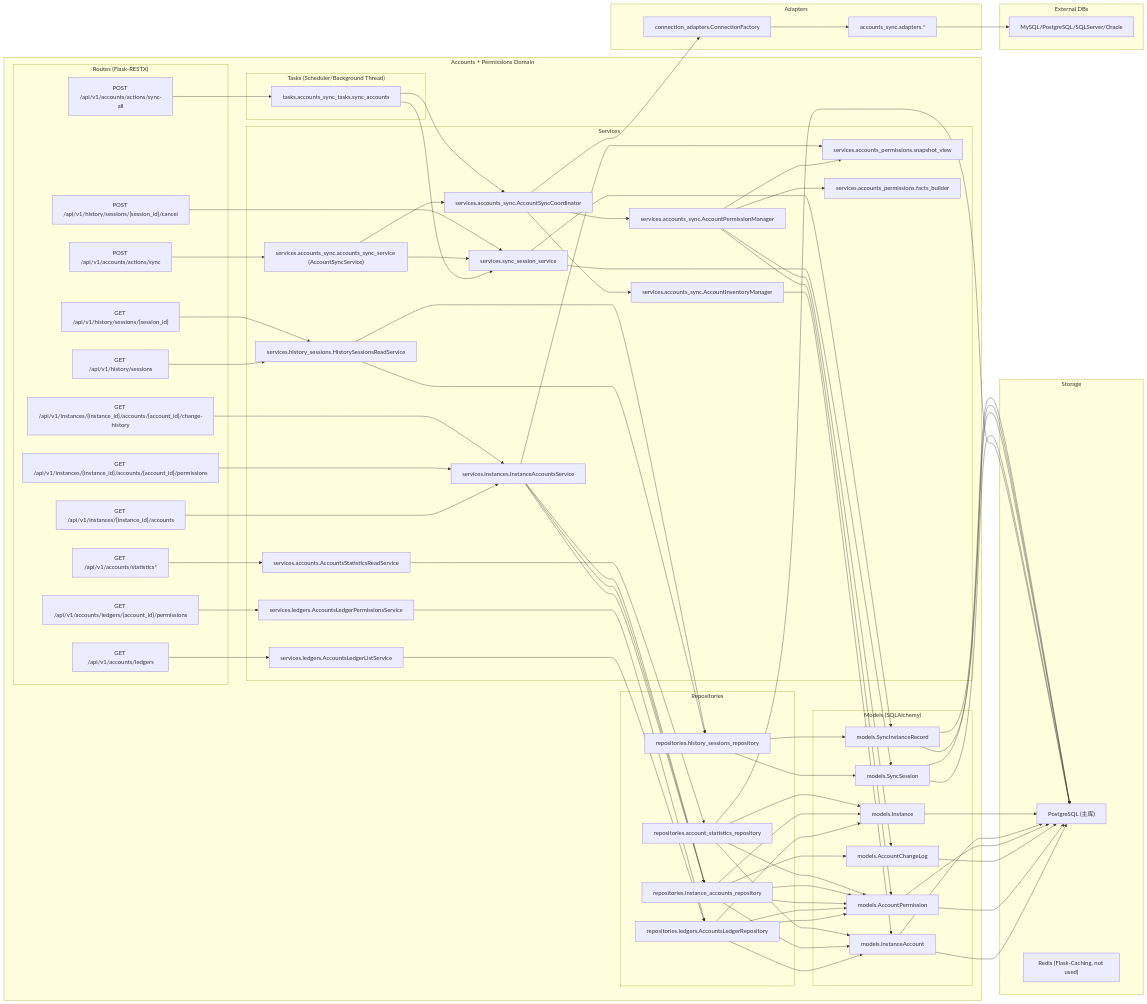
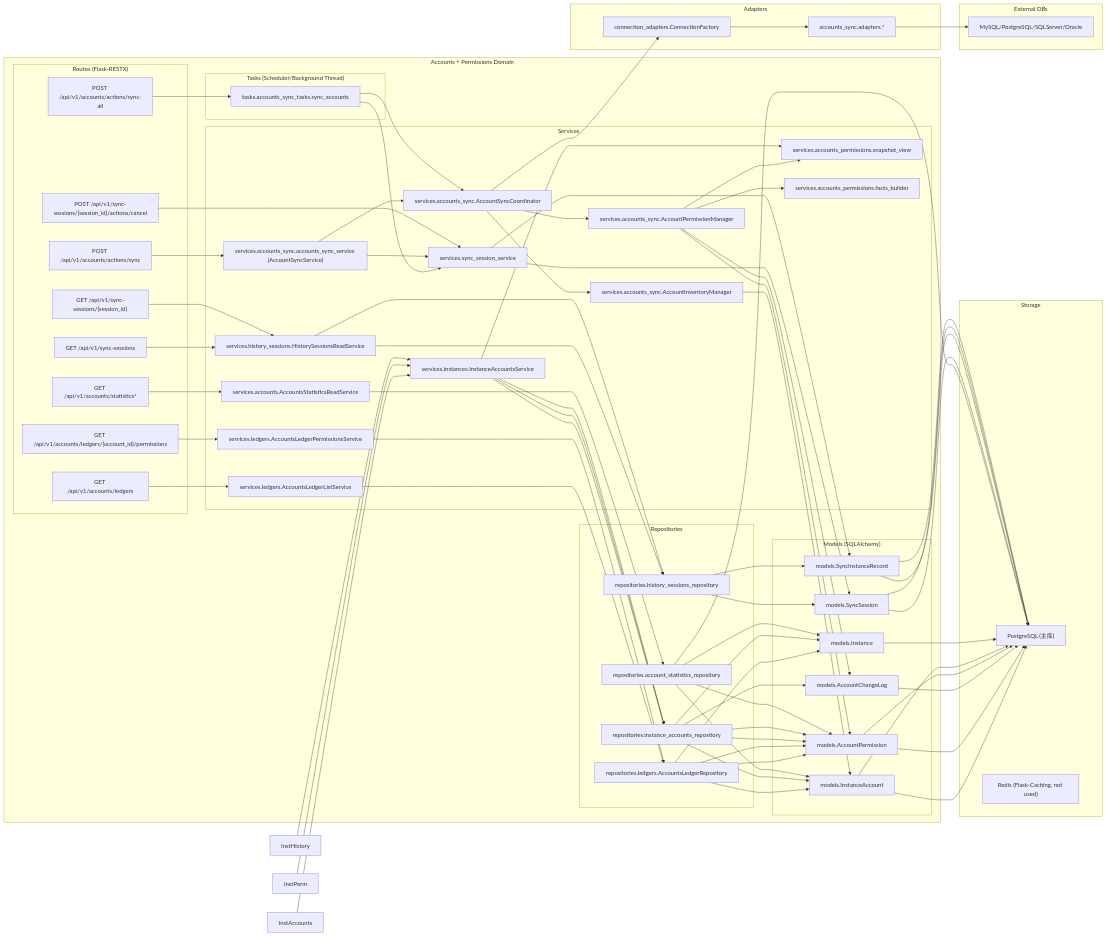
The first of 11 diagrams in docs/architecture/accounts-permissions-domain.md (nyealovey/WhaleFall), drawn with Mermaid before and after one commit. The commit also changed other lines of this file and 82 other files, not shown here.

```diff
--- a/docs/architecture/accounts-permissions-domain.md
+++ b/docs/architecture/accounts-permissions-domain.md
@@ -38,13 +38,9 @@
       LedgerPerm["GET /api/v1/accounts/ledgers/{account_id}/permissions"]
       Stats["GET /api/v1/accounts/statistics*"]
 
-      InstAccounts["GET /api/v1/instances/{instance_id}/accounts"]
-      InstPerm["GET /api/v1/instances/{instance_id}/accounts/{account_id}/permissions"]
-      InstHistory["GET /api/v1/instances/{instance_id}/accounts/{account_id}/change-history"]
-
-      SessList["GET /api/v1/history/sessions"]
-      SessDetail["GET /api/v1/history/sessions/{session_id}"]
-      SessCancel["POST /api/v1/history/sessions/{session_id}/cancel"]
+      SessList["GET /api/v1/sync-sessions"]
+      SessDetail["GET /api/v1/sync-sessions/{session_id}"]
+      SessCancel["POST /api/v1/sync-sessions/{session_id}/actions/cancel"]
     end
 
     subgraph Tasks["Tasks (Scheduler/Background Thread)"]
```
